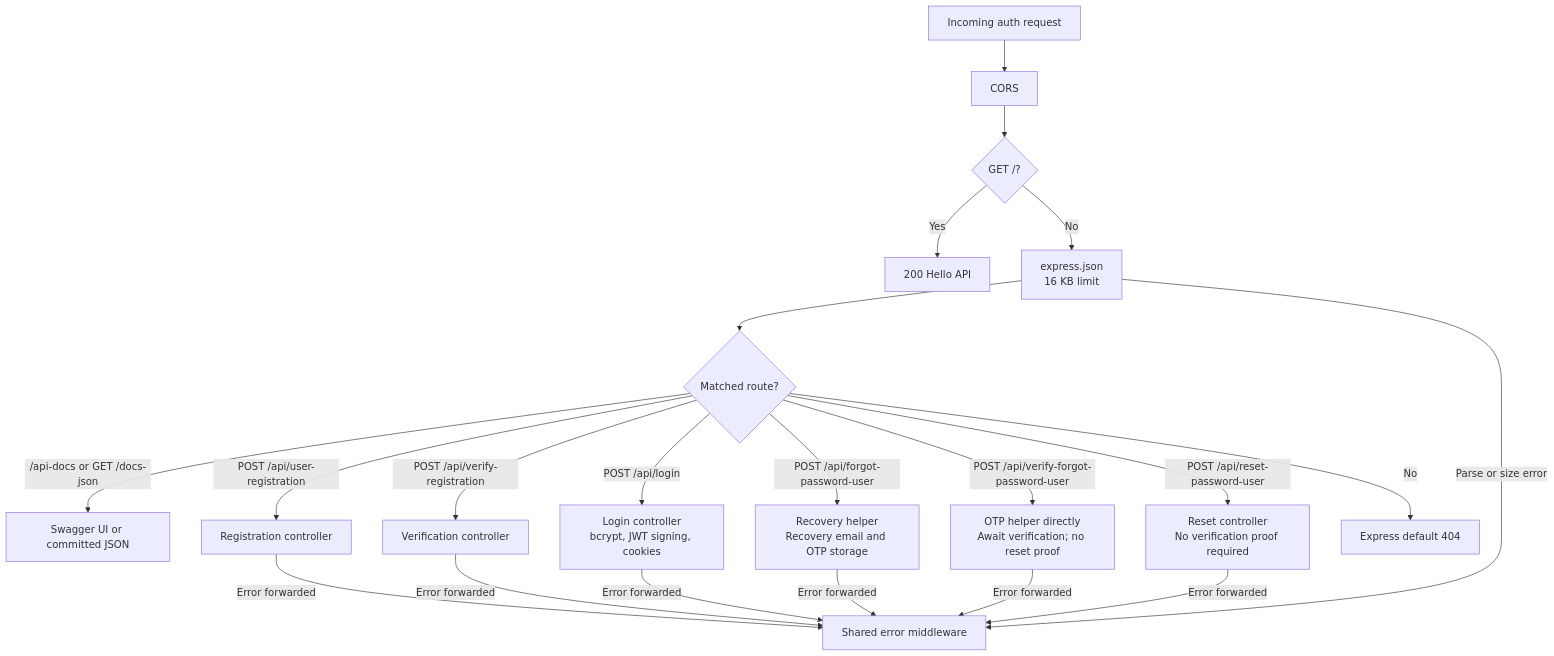
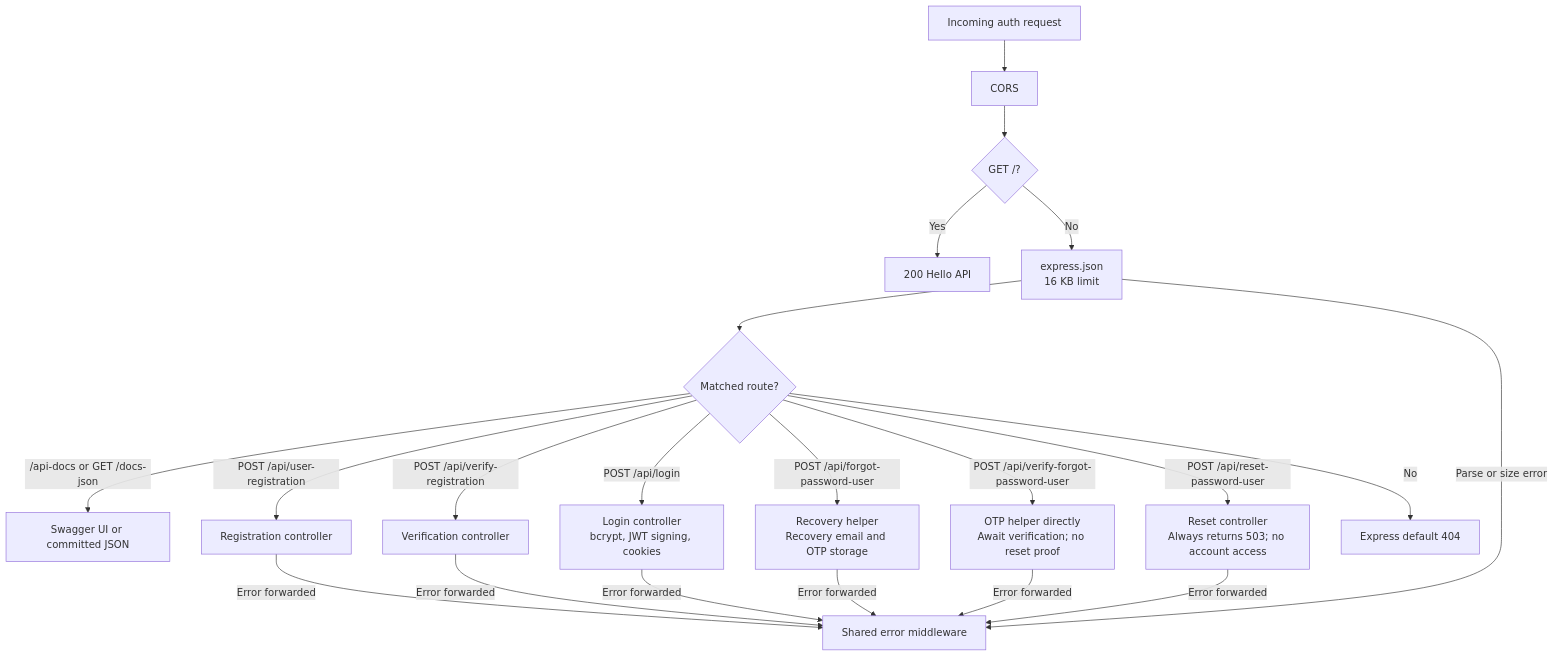
One commit to Kruskal892/Microservice-SaaS-E-commerce changed the second of 7 diagrams in docs/architecture/request-flows.md. Above: the diagram before and after it, drawn with Mermaid. The commit also changed other lines of this file and 39 other files, not shown here.

Commit message:
feat(auth): wire login, harden verification, and disable password reset

````diff
--- a/docs/architecture/request-flows.md
+++ b/docs/architecture/request-flows.md
@@ -46,23 +48,23 @@
 ```mermaid
 flowchart TD
     Request["Incoming auth request"] --> CORS["CORS"]
     CORS --> Root{"GET /?"}
     Root -->|Yes| Greeting["200 Hello API"]
     Root -->|No| JSON["express.json<br/>16 KB limit"]
     JSON --> Route{"Matched route?"}
     Route -->|"/api-docs or GET /docs-json"| Swagger["Swagger UI or committed JSON"]
     Route -->|"POST /api/user-registration"| Registration["Registration controller"]
     Route -->|"POST /api/verify-registration"| Verification["Verification controller"]
     Route -->|"POST /api/login"| Login["Login controller<br/>bcrypt, JWT signing, cookies"]
     Route -->|"POST /api/forgot-password-user"| Forgot["Recovery helper<br/>Recovery email and OTP storage"]
     Route -->|"POST /api/verify-forgot-password-user"| RecoveryOTP["OTP helper directly<br/>Await verification; no reset proof"]
-    Route -->|"POST /api/reset-password-user"| Reset["Reset controller<br/>No verification proof required"]
+    Route -->|"POST /api/reset-password-user"| Reset["Reset controller<br/>Always returns 503; no account access"]
     Route -->|No| Missing["Express default 404"]
     JSON -->|Parse or size error| Errors["Shared error middleware"]
     Registration -->|Error forwarded| Errors
     Verification -->|Error forwarded| Errors
     Login -->|Error forwarded| Errors
     Forgot -->|Error forwarded| Errors
     RecoveryOTP -->|Error forwarded| Errors
     Reset -->|Error forwarded| Errors
 ```
````
